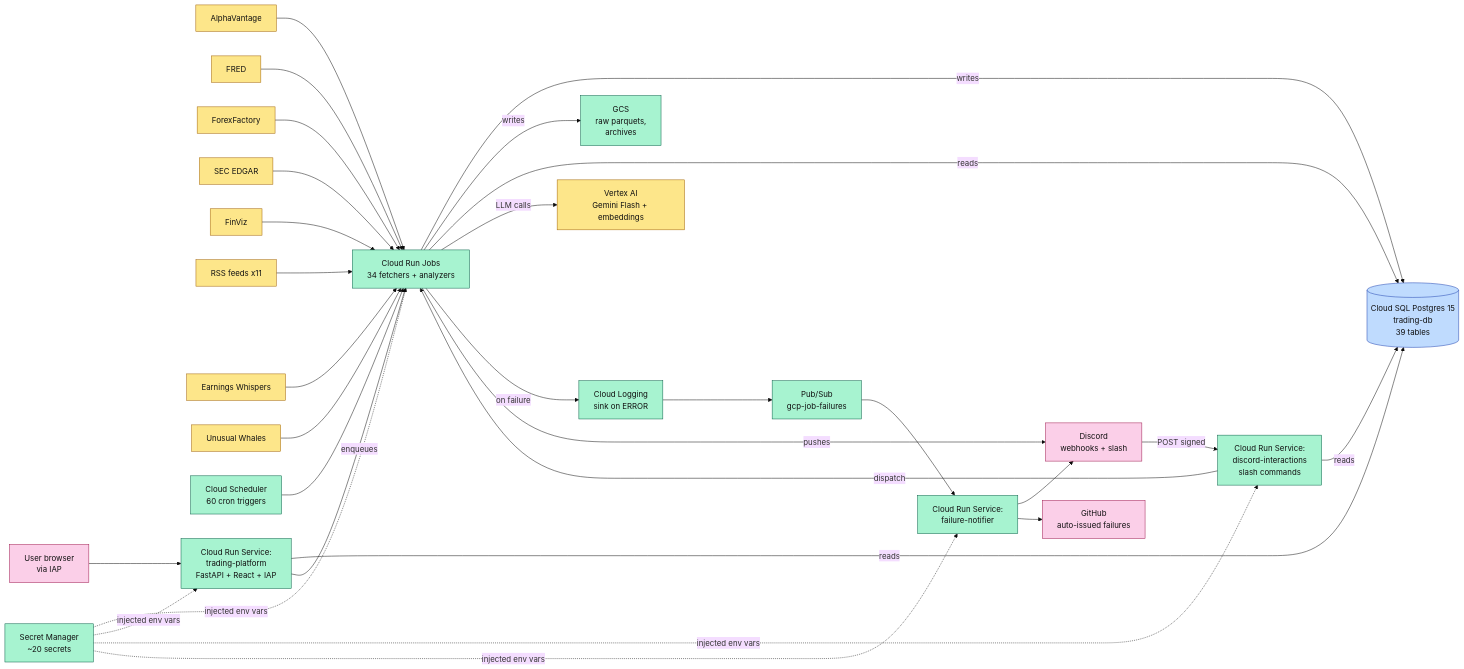
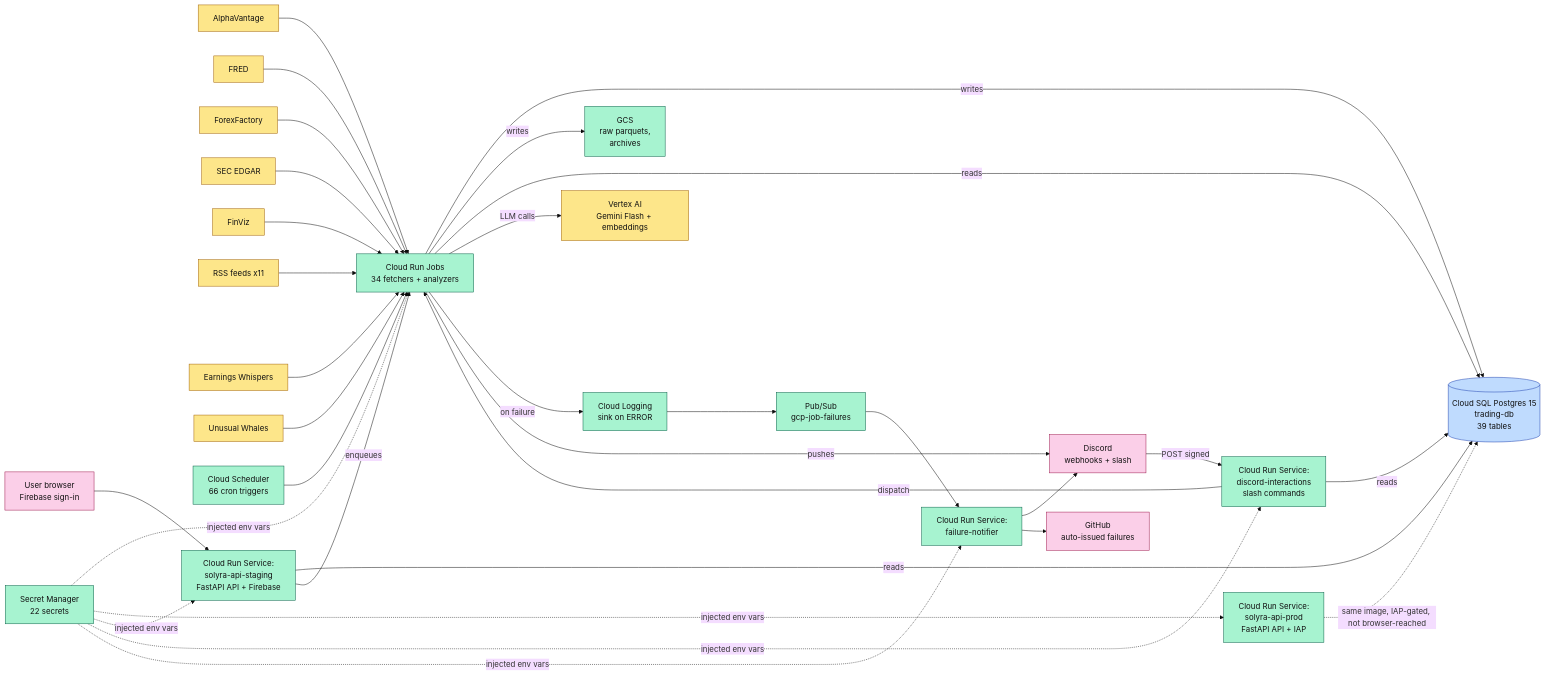
The first of 9 diagrams in docs/GCP_ARCHITECTURE.md (TeneikaAskew/stocks), drawn with Mermaid (base theme) before and after one commit. The commit also changed other lines of this file and 51 other files, not shown here.

````diff
--- a/docs/GCP_ARCHITECTURE.md
+++ b/docs/GCP_ARCHITECTURE.md
@@ -52,56 +52,58 @@
 ```mermaid
 flowchart LR
     classDef ext fill:#fde68a,stroke:#a16207,color:#111
     classDef gcp fill:#a7f3d0,stroke:#065f46,color:#111
     classDef db  fill:#bfdbfe,stroke:#1e40af,color:#111
     classDef out fill:#fbcfe8,stroke:#9d174d,color:#111
 
     AV[AlphaVantage]:::ext
     FRED[FRED]:::ext
     FF[ForexFactory]:::ext
     EDGAR[SEC EDGAR]:::ext
     FV[FinViz]:::ext
     RSS[RSS feeds x11]:::ext
     EW[Earnings Whispers]:::ext
     UW[Unusual Whales]:::ext
 
-    SCH[Cloud Scheduler<br/>60 cron triggers]:::gcp
+    SCH[Cloud Scheduler<br/>66 cron triggers]:::gcp
     JOBS[Cloud Run Jobs<br/>34 fetchers + analyzers]:::gcp
-    SVC1[Cloud Run Service:<br/>trading-platform<br/>FastAPI + React + IAP]:::gcp
+    SVC1[Cloud Run Service:<br/>solyra-api-prod<br/>FastAPI API + IAP]:::gcp
+    SVC1S[Cloud Run Service:<br/>solyra-api-staging<br/>FastAPI API + Firebase]:::gcp
     SVC2[Cloud Run Service:<br/>discord-interactions<br/>slash commands]:::gcp
     SVC3[Cloud Run Service:<br/>failure-notifier]:::gcp
     GCS[GCS<br/>raw parquets,<br/>archives]:::gcp
     SQL[(Cloud SQL Postgres 15<br/>trading-db<br/>39 tables)]:::db
-    SECR[Secret Manager<br/>~20 secrets]:::gcp
+    SECR[Secret Manager<br/>22 secrets]:::gcp
     PS[Pub/Sub<br/>gcp-job-failures]:::gcp
     LG[Cloud Logging<br/>sink on ERROR]:::gcp
     VAI[Vertex AI<br/>Gemini Flash + embeddings]:::ext
 
     DSC[Discord<br/>webhooks + slash]:::out
     GH[GitHub<br/>auto-issued failures]:::out
-    USR[User browser<br/>via IAP]:::out
+    USR[User browser<br/>Firebase sign-in]:::out
 
     AV & FRED & FF & EDGAR & FV & RSS & EW & UW --> JOBS
     SCH --> JOBS
     JOBS -- writes --> SQL
     JOBS -- writes --> GCS
     JOBS -- reads --> SQL
     JOBS -- LLM calls --> VAI
 
-    USR --> SVC1
-    SVC1 -- reads --> SQL
-    SVC1 -- enqueues --> JOBS
+    USR --> SVC1S
+    SVC1S -- reads --> SQL
+    SVC1S -- enqueues --> JOBS
+    SVC1 -. same image, IAP-gated, not browser-reached .-> SQL
 
     DSC -- POST signed --> SVC2
     SVC2 -- dispatch --> JOBS
     SVC2 -- reads --> SQL
 
     JOBS -- on failure --> LG
     LG --> PS
     PS --> SVC3
     SVC3 --> DSC
     SVC3 --> GH
 
     JOBS -- pushes --> DSC
-    SECR -. injected env vars .-> JOBS & SVC1 & SVC2 & SVC3
+    SECR -. injected env vars .-> JOBS & SVC1 & SVC1S & SVC2 & SVC3
 ```
````
